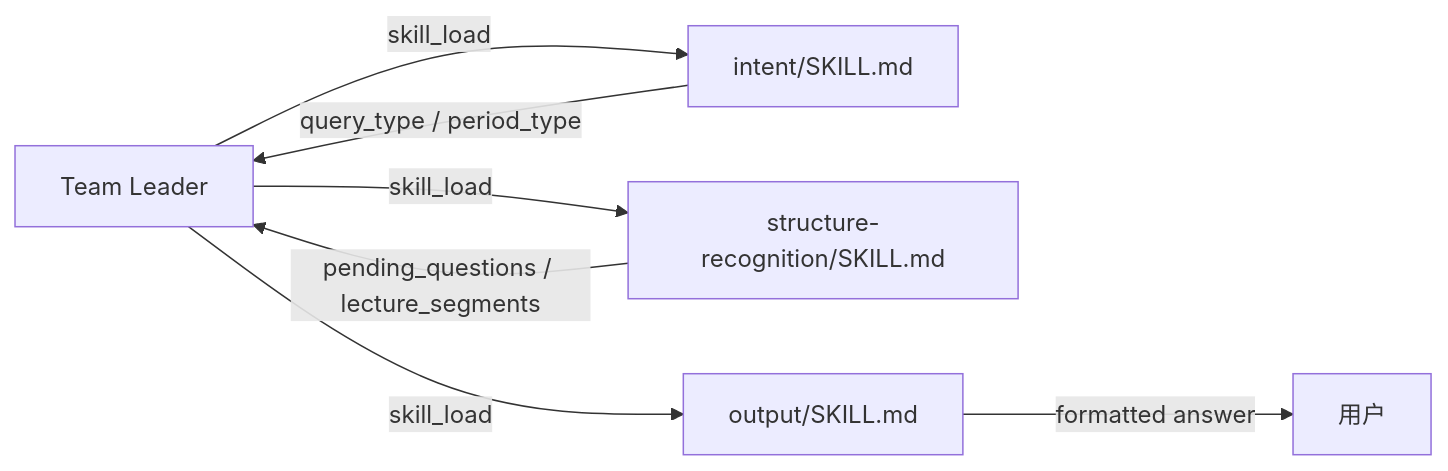
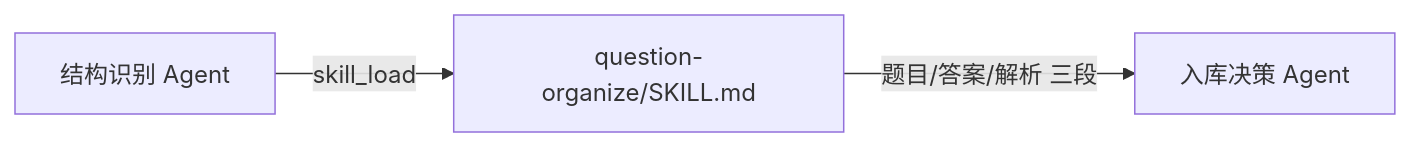
Before and after one commit to ttzc/gaokao_rag: the diagram in docs/agent/skills/README.md, drawn with Mermaid. The commit also changed other lines of this file and 5 other files, not shown here.

Commit message:
docs: 修正 Skill 萃取边界——agent 系统提示词不抽 Skill，仅保留 question-organize

````diff
--- a/docs/agent/skills/README.md
+++ b/docs/agent/skills/README.md
@@ -35,9 +34,5 @@
 ```mermaid
 flowchart LR
-    L[Team Leader] -->|skill_load| S1[intent/SKILL.md]
-    L -->|skill_load| S2[structure-recognition/SKILL.md]
-    L -->|skill_load| S3[output/SKILL.md]
-    S1 -->|query_type / period_type| L
-    S2 -->|pending_questions / lecture_segments| L
-    S3 -->|formatted answer| U[用户]
+    S[结构识别 Agent] -->|skill_load| Q[question-organize/SKILL.md]
+    Q -->|题目/答案/解析 三段| D[入库决策 Agent]
 ```
````
